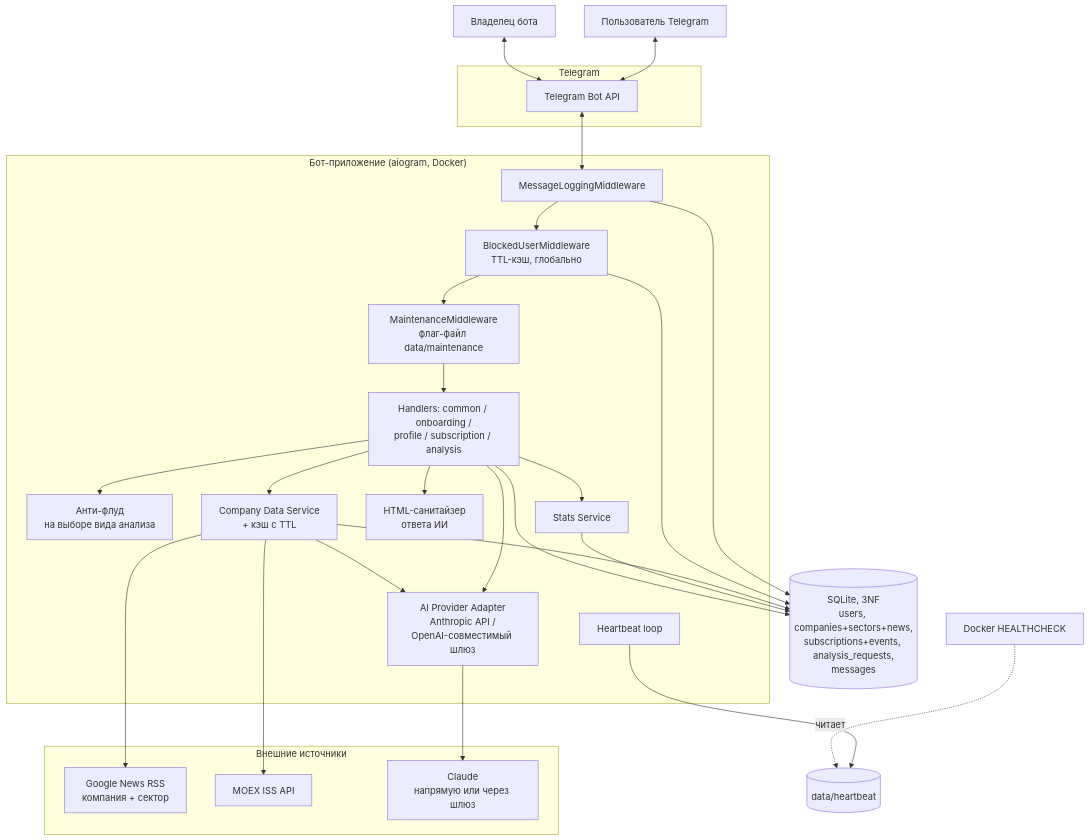
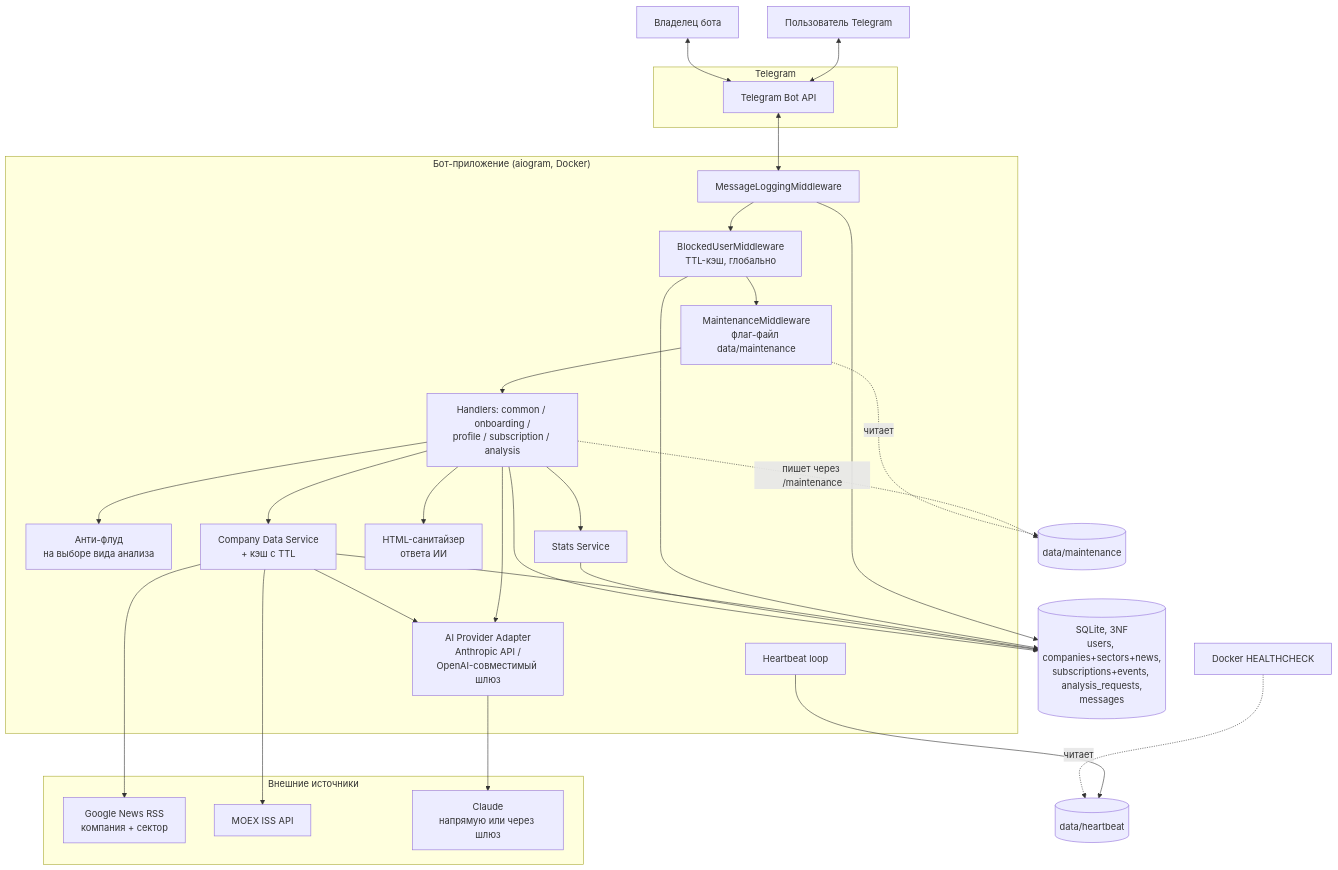
The first of 6 diagrams in README.md (keshtoim/analysis_for_invest_bot), drawn with Mermaid before and after one commit. The commit also changed other lines of this file, not shown here.

````diff
--- a/README.md
+++ b/README.md
@@ -99,53 +101,55 @@
 ```mermaid
 graph TD
     U[Пользователь Telegram]
     OWNER[Владелец бота]
 
     subgraph TG["Telegram"]
         API[Telegram Bot API]
     end
 
     subgraph APP["Бот-приложение (aiogram, Docker)"]
         ML[MessageLoggingMiddleware]
         BM[BlockedUserMiddleware<br/>TTL-кэш, глобально]
         MM[MaintenanceMiddleware<br/>флаг-файл data/maintenance]
         H[Handlers: common / onboarding /<br/>profile / subscription / analysis]
         AF[Анти-флуд<br/>на выборе вида анализа]
         CDS[Company Data Service<br/>+ кэш с TTL]
         AIP[AI Provider Adapter<br/>Anthropic API /<br/>OpenAI-совместимый шлюз]
         SAN[HTML-санитайзер<br/>ответа ИИ]
         STATS[Stats Service]
         HB[Heartbeat loop]
     end
 
     subgraph EXT["Внешние источники"]
         NEWS[Google News RSS<br/>компания + сектор]
         MOEX[MOEX ISS API]
         AI[Claude<br/>напрямую или через шлюз]
     end
 
     DB[(SQLite, 3NF<br/>users, companies+sectors+news,<br/>subscriptions+events, analysis_requests,<br/>messages)]
 
     U <--> API
     OWNER <--> API
     API <--> ML
     ML --> DB
     ML --> BM
     BM --> MM
     MM --> H
     BM --> DB
     H --> AF
     H --> CDS
     H --> AIP
     H --> SAN
     H --> STATS
     CDS --> NEWS
     CDS --> MOEX
     CDS --> AIP
     AIP --> AI
     CDS --> DB
     STATS --> DB
     H --> DB
     HB --> DB2[(data/heartbeat)]
     HC[Docker HEALTHCHECK] -.читает.-> DB2
+    H -.пишет через /maintenance.-> DB3[(data/maintenance)]
+    MM -.читает.-> DB3
 ```
````
